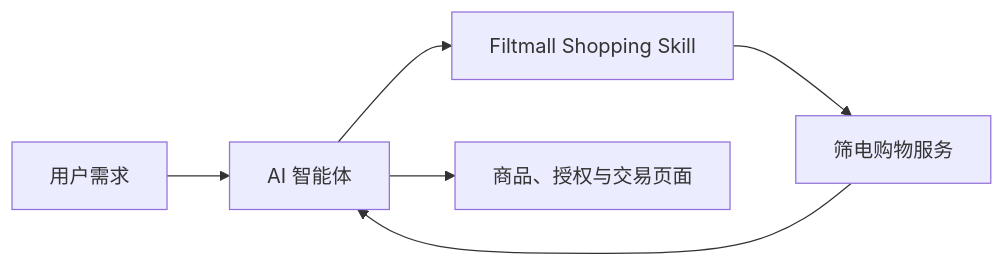
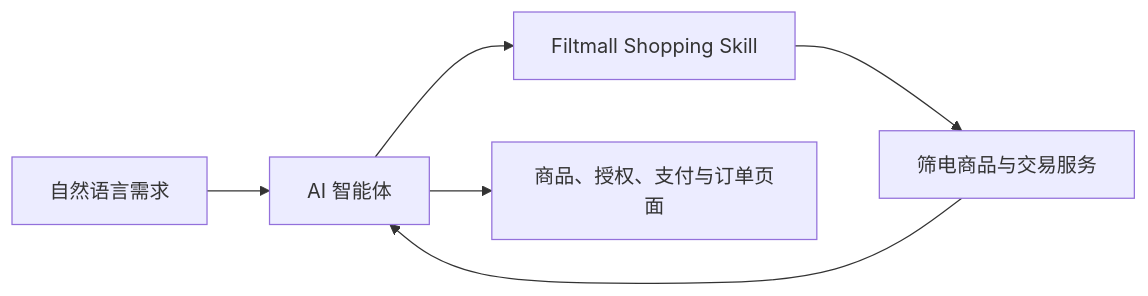
Before and after one commit to filtalgo/Filtmall-Shopping-Skill: the diagram in README.zh-CN.md, drawn with Mermaid. The commit also changed other lines of this file and 4 other files, not shown here.

````diff
--- a/README.zh-CN.md
+++ b/README.zh-CN.md
@@ -49,8 +54,8 @@
 ```mermaid
 flowchart LR
-    U["用户需求"] --> A["AI 智能体"]
+    U["自然语言需求"] --> A["AI 智能体"]
     A --> S["Filtmall Shopping Skill"]
-    S --> F["筛电购物服务"]
+    S --> F["筛电商品与交易服务"]
     F --> A
-    A --> H["商品、授权与交易页面"]
+    A --> H["商品、授权、支付与订单页面"]
 ```
````
